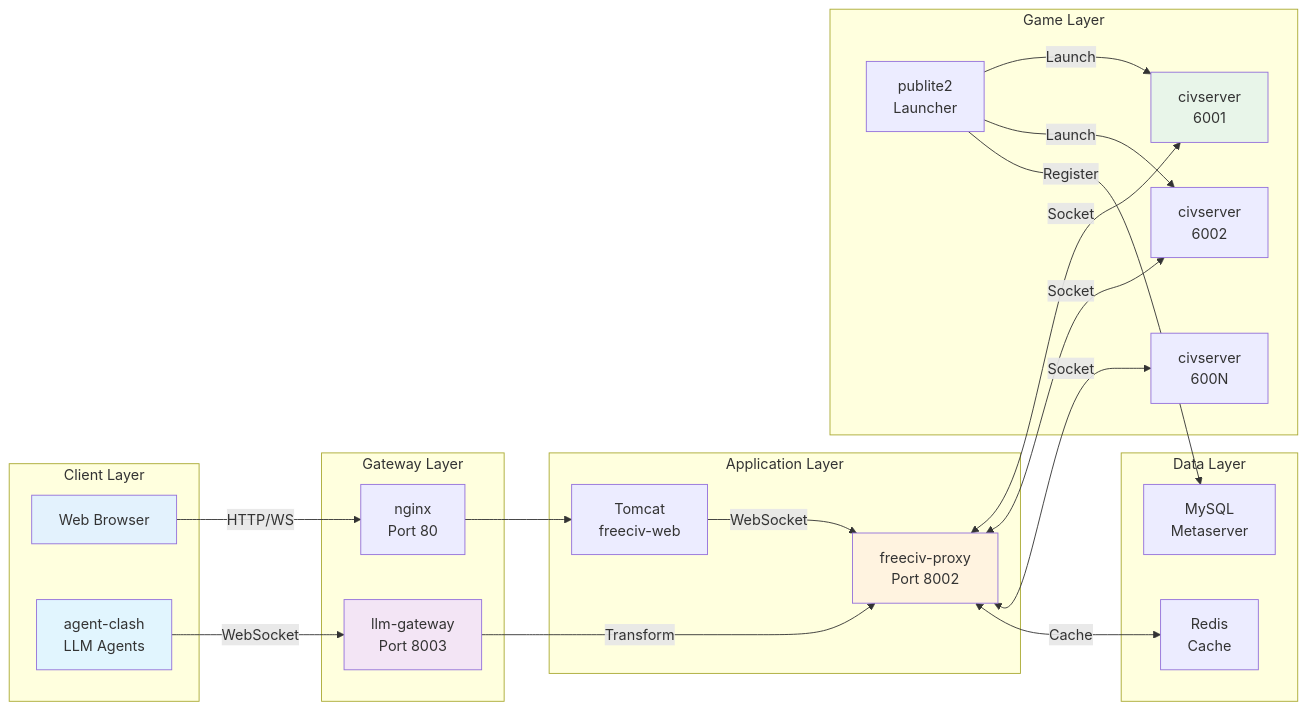
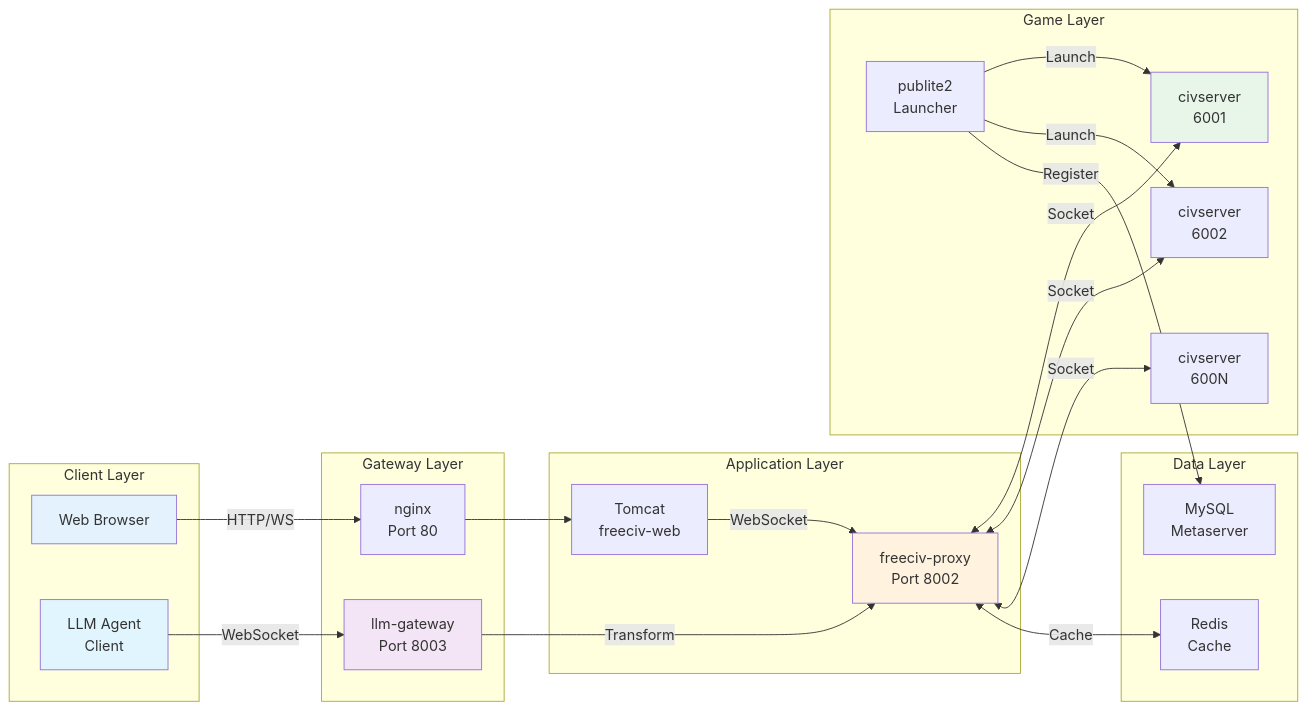
One commit to taso-labs/freeciv3d changed the diagram in README.md. Above: the diagram before and after it, drawn with Mermaid. The commit also changed other lines of this file and 44 other files, not shown here.

````diff
--- a/README.md
+++ b/README.md
@@ -57,52 +57,52 @@
 ```mermaid
 graph LR
     subgraph "Client Layer"
         B[Web Browser]
-        A[agent-clash<br/>LLM Agents]
+        A[LLM Agent<br/>Client]
     end
 
     subgraph "Gateway Layer"
         N[nginx<br/>Port 80]
         G[llm-gateway<br/>Port 8003]
     end
 
     subgraph "Application Layer"
         T[Tomcat<br/>freeciv-web]
         P[freeciv-proxy<br/>Port 8002]
     end
 
     subgraph "Game Layer"
         L[publite2<br/>Launcher]
         S1[civserver<br/>6001]
         S2[civserver<br/>6002]
         SN[civserver<br/>600N]
     end
 
     subgraph "Data Layer"
         M[MySQL<br/>Metaserver]
         R[Redis<br/>Cache]
     end
 
     B -->|HTTP/WS| N
     N --> T
     T -->|WebSocket| P
 
     A -->|WebSocket| G
     G -->|Transform| P
 
     P <-->|Socket| S1
     P <-->|Socket| S2
     P <-->|Socket| SN
 
     L -->|Launch| S1
     L -->|Launch| S2
     L -->|Register| M
 
     P <-->|Cache| R
 
     style B fill:#e3f2fd
     style A fill:#e1f5fe
     style G fill:#f3e5f5
     style P fill:#fff3e0
     style S1 fill:#e8f5e9
 ```
````
